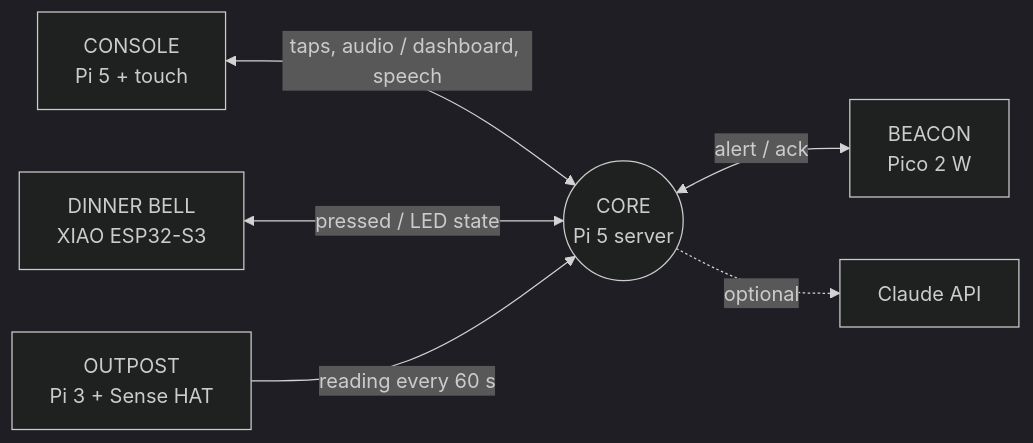
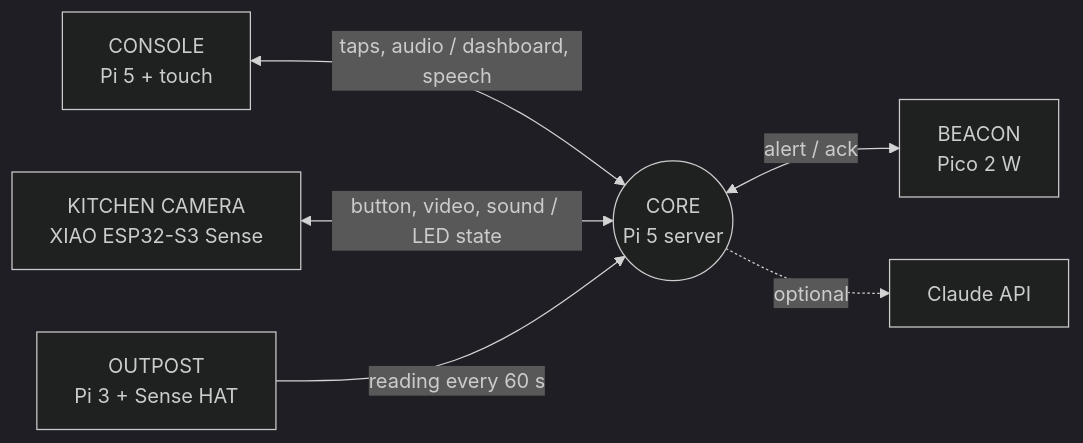
Before and after one commit to willjrochester3333-cpu/RANDOM-PROJECTS: the diagram in jarvis/README.md, drawn with Mermaid (dark theme). The commit also changed other lines of this file and 24 other files, not shown here.

First line of the commit message:
Faster answers, no cut-offs, and a kitchen camera with sound

````diff
--- a/jarvis/README.md
+++ b/jarvis/README.md
@@ -19,9 +19,9 @@
 ```mermaid
 flowchart LR
     CONSOLE[CONSOLE<br/>Pi 5 + touch] <-->|taps, audio / dashboard, speech| CORE
-    BELL[DINNER BELL<br/>XIAO ESP32-S3] <-->|pressed / LED state| CORE
+    BELL[KITCHEN CAMERA<br/>XIAO ESP32-S3 Sense] <-->|button, video, sound / LED state| CORE
     CORE((CORE<br/>Pi 5 server))
     OUTPOST[OUTPOST<br/>Pi 3 + Sense HAT] -->|reading every 60 s| CORE
     CORE <-->|alert / ack| BEACON[BEACON<br/>Pico 2 W]
     CORE -.->|optional| LLM[Claude API]
 ```
````
